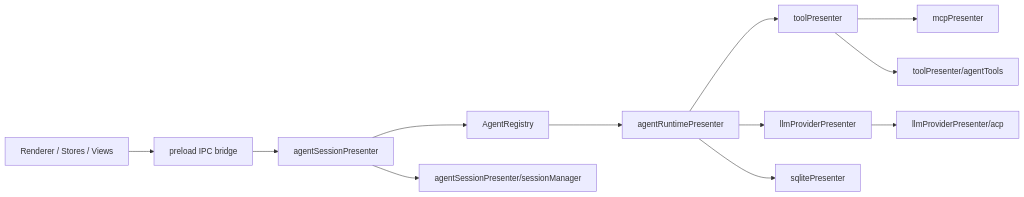
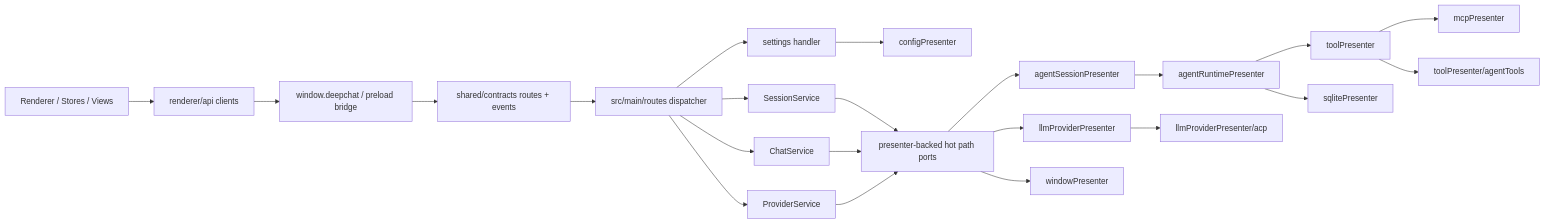
Before and after one commit to ThinkInAIXYZ/deepchat: the diagram in docs/ARCHITECTURE.md, drawn with Mermaid. The commit also changed other lines of this file and 10 other files, not shown here.

Commit message:
docs(architecture): close main kernel phase5

````diff
--- a/docs/ARCHITECTURE.md
+++ b/docs/ARCHITECTURE.md
@@ -7,14 +7,24 @@
 ```mermaid
 flowchart LR
-    Renderer["Renderer / Stores / Views"] --> Preload["preload IPC bridge"]
-    Preload --> NewAgent["agentSessionPresenter"]
-    NewAgent --> Registry["AgentRegistry"]
-    Registry --> DeepChat["agentRuntimePresenter"]
-    DeepChat --> Tool["toolPresenter"]
-    DeepChat --> Llm["llmProviderPresenter"]
+    Renderer["Renderer / Stores / Views"] --> Client["renderer/api clients"]
+    Client --> Bridge["window.deepchat / preload bridge"]
+    Bridge --> Contracts["shared/contracts routes + events"]
+    Contracts --> Routes["src/main/routes dispatcher"]
+    Routes --> Settings["settings handler"]
+    Routes --> Sessions["SessionService"]
+    Routes --> Chat["ChatService"]
+    Routes --> Providers["ProviderService"]
+    Settings --> Config["configPresenter"]
+    Sessions --> Ports["presenter-backed hot path ports"]
+    Chat --> Ports
+    Providers --> Ports
+    Ports --> AgentSession["agentSessionPresenter"]
+    Ports --> Llm["llmProviderPresenter"]
+    Ports --> Window["windowPresenter"]
+    AgentSession --> Runtime["agentRuntimePresenter"]
+    Runtime --> Tool["toolPresenter"]
+    Runtime --> SQLite["sqlitePresenter"]
     Tool --> Mcp["mcpPresenter"]
     Tool --> AgentTools["toolPresenter/agentTools"]
     Llm --> Acp["llmProviderPresenter/acp"]
-    DeepChat --> SQLite["sqlitePresenter"]
-    NewAgent --> SessionDb["agentSessionPresenter/sessionManager"]
 ```
````
